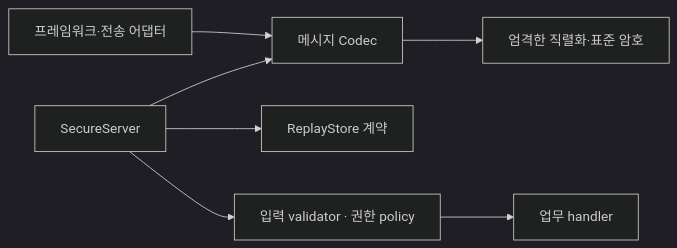
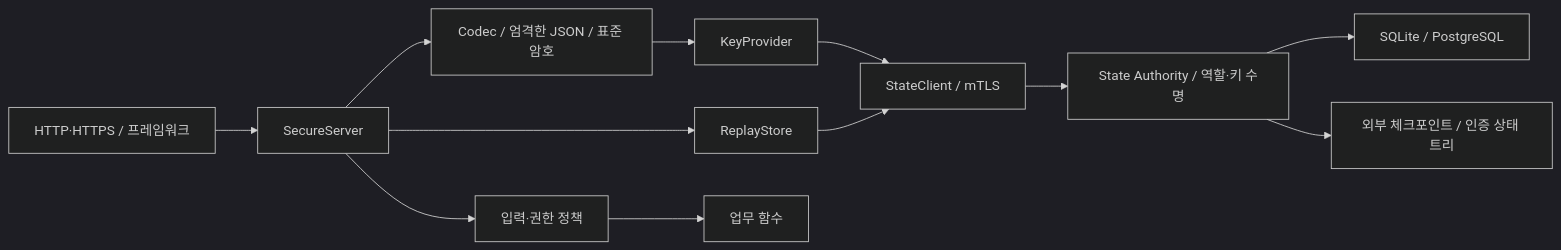
Before and after one commit to GNh0/SAPi: the diagram in docs/ARCHITECTURE.md, drawn with Mermaid (dark theme). The commit also changed other lines of this file and 67 other files, not shown here.

Commit message:
Add durable state authority, managed key lifecycle and security regression fixes

````diff
--- a/docs/ARCHITECTURE.md
+++ b/docs/ARCHITECTURE.md
@@ -7,9 +5,14 @@
 ```mermaid
 flowchart LR
-  A[프레임워크·전송 어댑터] --> B[메시지 Codec]
-  C[SecureServer] --> B
-  B --> D[엄격한 직렬화·표준 암호]
-  C --> E[ReplayStore 계약]
-  C --> F[입력 validator · 권한 policy]
-  F --> G[업무 handler]
+  HTTP[HTTP·HTTPS / 프레임워크] --> Server[SecureServer]
+  Server --> Codec[Codec / 엄격한 JSON / 표준 암호]
+  Codec --> Keys[KeyProvider]
+  Server --> Replay[ReplayStore]
+  Keys --> State[StateClient / mTLS]
+  Replay --> State
+  State --> Authority[State Authority / 역할·키 수명]
+  Authority --> DB[SQLite / PostgreSQL]
+  Authority --> Anchor[외부 체크포인트 / 인증 상태 트리]
+  Server --> Policy[입력·권한 정책]
+  Policy --> Handler[업무 함수]
 ```
````
